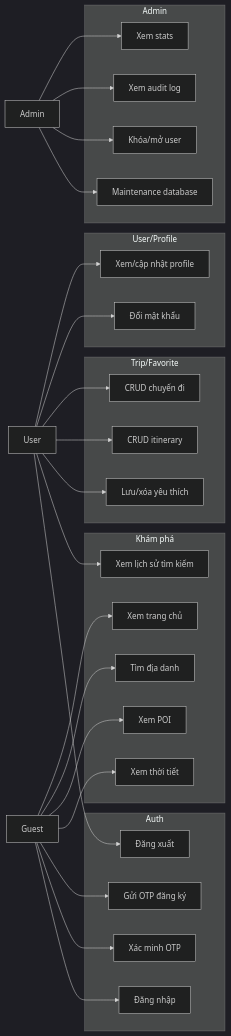
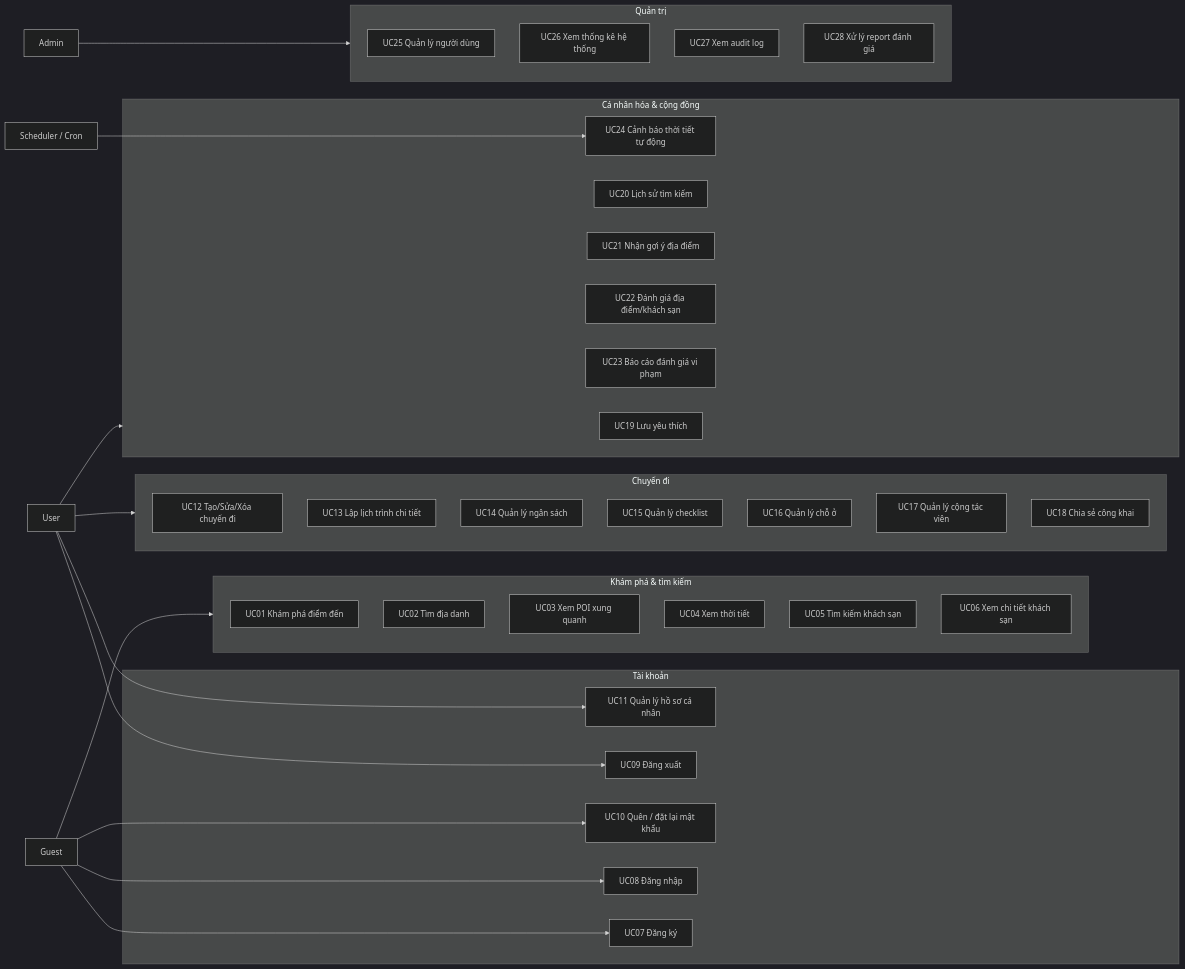
Before and after one commit to NguyenHoangPhuong275/dattcnpm: the diagram in docs/02_USE_CASE.md, drawn with Mermaid (dark theme). The commit also changed other lines of this file and 192 other files, not shown here.

````diff
--- a/docs/02_USE_CASE.md
+++ b/docs/02_USE_CASE.md
@@ -7,60 +11,61 @@
 ```mermaid
 flowchart LR
     Guest[Guest]
     User[User]
     Admin[Admin]
+    Cron[Scheduler / Cron]
 
-    subgraph Explore [Khám phá]
-        UC01[Xem trang chủ]
-        UC02[Tìm địa danh]
-        UC03[Xem POI]
-        UC04[Xem thời tiết]
-        UC17[Xem lịch sử tìm kiếm]
+    subgraph Explore [Khám phá & tìm kiếm]
+        UC01[UC01 Khám phá điểm đến]
+        UC02[UC02 Tìm địa danh]
+        UC03[UC03 Xem POI xung quanh]
+        UC04[UC04 Xem thời tiết]
+        UC05[UC05 Tìm kiếm khách sạn]
+        UC06[UC06 Xem chi tiết khách sạn]
     end
 
-    subgraph Auth [Auth]
-        UC05[Gửi OTP đăng ký]
-        UC06[Xác minh OTP]
-        UC07[Đăng nhập]
-        UC18[Đăng xuất]
+    subgraph Auth [Tài khoản]
+        UC07[UC07 Đăng ký]
+        UC08[UC08 Đăng nhập]
+        UC09[UC09 Đăng xuất]
+        UC10[UC10 Quên / đặt lại mật khẩu]
+        UC11[UC11 Quản lý hồ sơ cá nhân]
     end
 
-    subgraph Profile [User/Profile]
-        UC08[Xem/cập nhật profile]
-        UC09[Đổi mật khẩu]
+    subgraph Trip [Chuyến đi]
+        UC12[UC12 Tạo/Sửa/Xóa chuyến đi]
+        UC13[UC13 Lập lịch trình chi tiết]
+        UC14[UC14 Quản lý ngân sách]
+        UC15[UC15 Quản lý checklist]
+        UC16[UC16 Quản lý chỗ ở]
+        UC17[UC17 Quản lý cộng tác viên]
+        UC18[UC18 Chia sẻ công khai]
     end
 
-    subgraph Trip [Trip/Favorite]
-        UC10[CRUD chuyến đi]
-        UC11[CRUD itinerary]
-        UC12[Lưu/xóa yêu thích]
+    subgraph Social [Cá nhân hóa & cộng đồng]
+        UC19[UC19 Lưu yêu thích]
+        UC20[UC20 Lịch sử tìm kiếm]
+        UC21[UC21 Nhận gợi ý địa điểm]
+        UC22[UC22 Đánh giá địa điểm/khách sạn]
+        UC23[UC23 Báo cáo đánh giá vi phạm]
+        UC24[UC24 Cảnh báo thời tiết tự động]
     end
 
-    subgraph AdminPanel [Admin]
-        UC13[Xem stats]
-        UC14[Xem audit log]
-        UC15[Khóa/mở user]
-        UC16[Maintenance database]
+    subgraph AdminPanel [Quản trị]
+        UC25[UC25 Quản lý người dùng]
+        UC26[UC26 Xem thống kê hệ thống]
+        UC27[UC27 Xem audit log]
+        UC28[UC28 Xử lý report đánh giá]
     end
 
-    Guest --> UC01
-    Guest --> UC02
-    Guest --> UC03
-    Guest --> UC04
-    Guest --> UC05
-    Guest --> UC06
+    Guest --> Explore
     Guest --> UC07
-
-    User --> UC08
+    Guest --> UC08
+    Guest --> UC10
     User --> UC09
-    User --> UC10
     User --> UC11
-    User --> UC12
-    User --> UC17
-    User --> UC18
-
-    Admin --> UC13
-    Admin --> UC14
-    Admin --> UC15
-    Admin --> UC16
+    User --> Trip
+    User --> Social
+    Cron --> UC24
+    Admin --> AdminPanel
 ```
````
